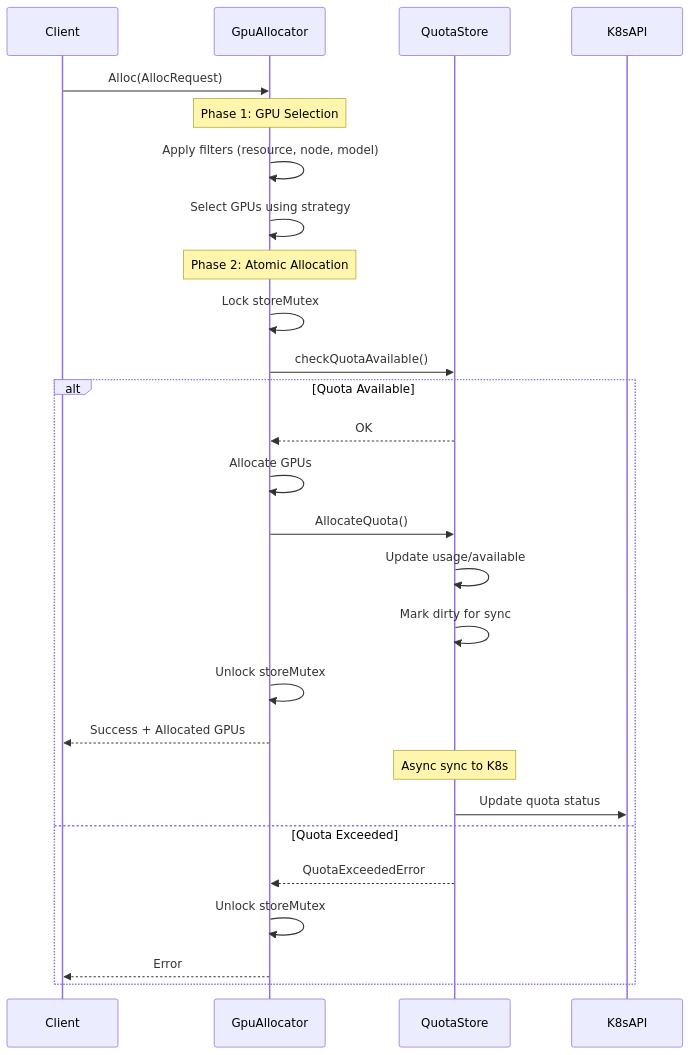
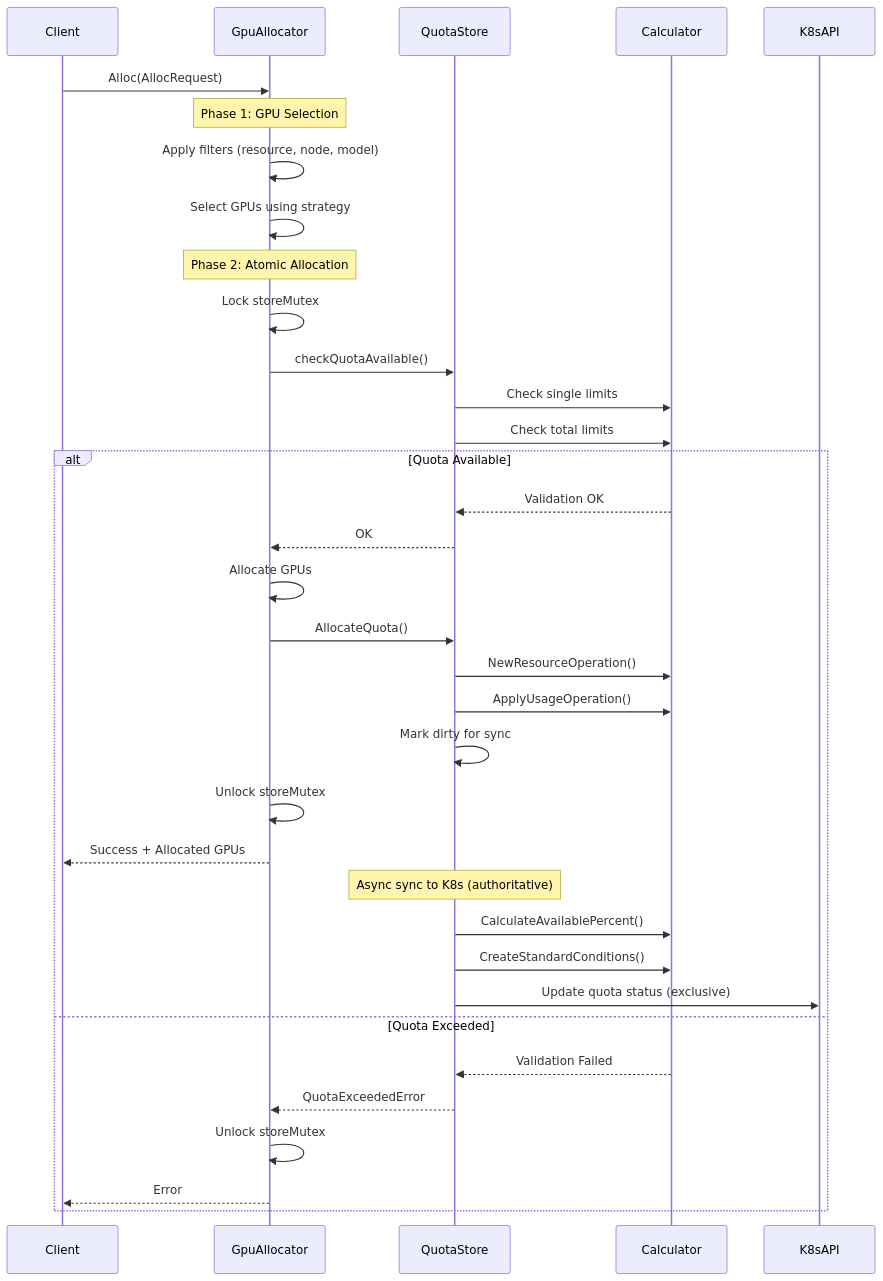
Before and after one commit to wangqianqianjun/tensor-fusion: the first of 4 diagrams in design/GPU_RESOURCE_QUOTA_DESIGN_WORKFLOW.md, drawn with Mermaid. The commit also changed other lines of this file and 6 other files, not shown here.

````diff
--- a/design/GPU_RESOURCE_QUOTA_DESIGN_WORKFLOW.md
+++ b/design/GPU_RESOURCE_QUOTA_DESIGN_WORKFLOW.md
@@ -156,34 +190,42 @@
 ```mermaid
 sequenceDiagram
     participant Client
     participant GpuAllocator
     participant QuotaStore
+    participant Calculator
     participant K8sAPI
 
     Client->>GpuAllocator: Alloc(AllocRequest)
     
     Note over GpuAllocator: Phase 1: GPU Selection
     GpuAllocator->>GpuAllocator: Apply filters (resource, node, model)
     GpuAllocator->>GpuAllocator: Select GPUs using strategy
     
     Note over GpuAllocator: Phase 2: Atomic Allocation
     GpuAllocator->>GpuAllocator: Lock storeMutex
     GpuAllocator->>QuotaStore: checkQuotaAvailable()
+    QuotaStore->>Calculator: Check single limits
+    QuotaStore->>Calculator: Check total limits
     
     alt Quota Available
+        Calculator-->>QuotaStore: Validation OK
         QuotaStore-->>GpuAllocator: OK
         GpuAllocator->>GpuAllocator: Allocate GPUs
         GpuAllocator->>QuotaStore: AllocateQuota()
-        QuotaStore->>QuotaStore: Update usage/available
+        QuotaStore->>Calculator: NewResourceOperation()
+        QuotaStore->>Calculator: ApplyUsageOperation()
         QuotaStore->>QuotaStore: Mark dirty for sync
         GpuAllocator->>GpuAllocator: Unlock storeMutex
         GpuAllocator-->>Client: Success + Allocated GPUs
         
-        Note over QuotaStore: Async sync to K8s
-        QuotaStore->>K8sAPI: Update quota status
+        Note over QuotaStore: Async sync to K8s (authoritative)
+        QuotaStore->>Calculator: CalculateAvailablePercent()
+        QuotaStore->>Calculator: CreateStandardConditions()
+        QuotaStore->>K8sAPI: Update quota status (exclusive)
     else Quota Exceeded
+        Calculator-->>QuotaStore: Validation Failed
         QuotaStore-->>GpuAllocator: QuotaExceededError
         GpuAllocator->>GpuAllocator: Unlock storeMutex
         GpuAllocator-->>Client: Error
     end
 ```
````
